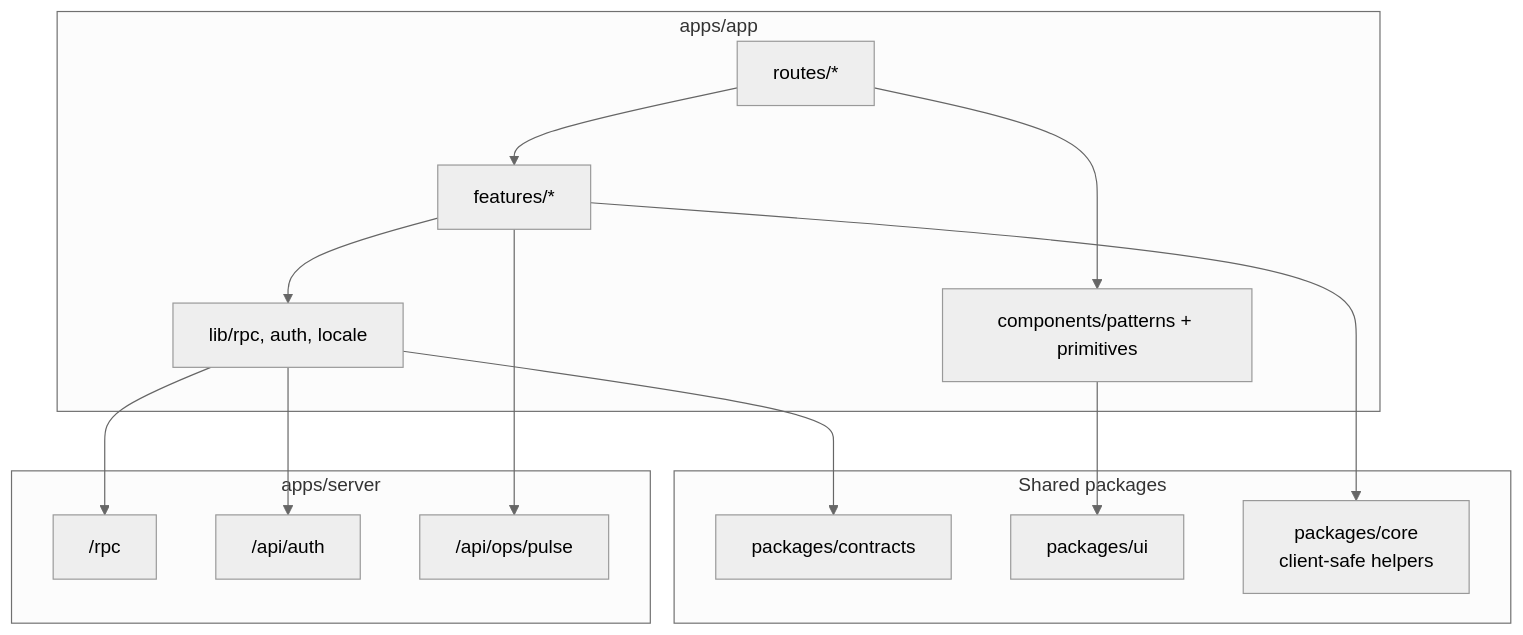
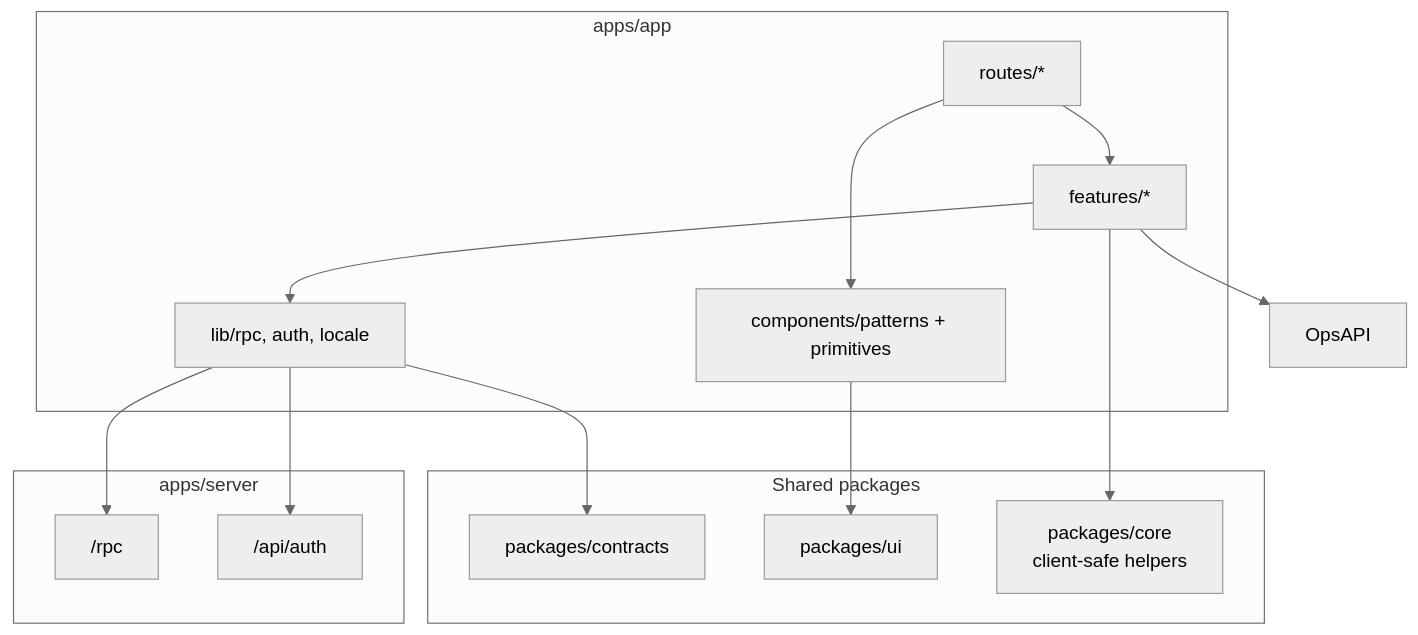
One commit to langgenius/due-date-hq-jhx-lyz changed the third of 3 diagrams in docs/project-modules/01-app-spa.md. Above: the diagram before and after it, drawn with Mermaid (neutral theme). The commit also changed other lines of this file and 39 other files, not shown here.

Commit message:
refactor(router): remove OpsPulse route and update localization for review statuses in concept help and migration features

````diff
--- a/docs/project-modules/01-app-spa.md
+++ b/docs/project-modules/01-app-spa.md
@@ -167,31 +167,30 @@
 ```mermaid
 flowchart TB
   subgraph App["apps/app"]
     Routes["routes/*"]
     Features["features/*"]
     Lib["lib/rpc, auth, locale"]
     Components["components/patterns + primitives"]
   end
 
   subgraph Shared["Shared packages"]
     Contracts["packages/contracts"]
     UI["packages/ui"]
     Core["packages/core\nclient-safe helpers"]
   end
 
   subgraph Server["apps/server"]
     RPC["/rpc"]
     AuthAPI["/api/auth"]
-    OpsAPI["/api/ops/pulse"]
   end
 
   Routes --> Features
   Routes --> Components
   Features --> Lib
   Components --> UI
   Lib --> Contracts
   Lib --> RPC
   Lib --> AuthAPI
   Features --> Core
   Features --> OpsAPI
 ```
````
